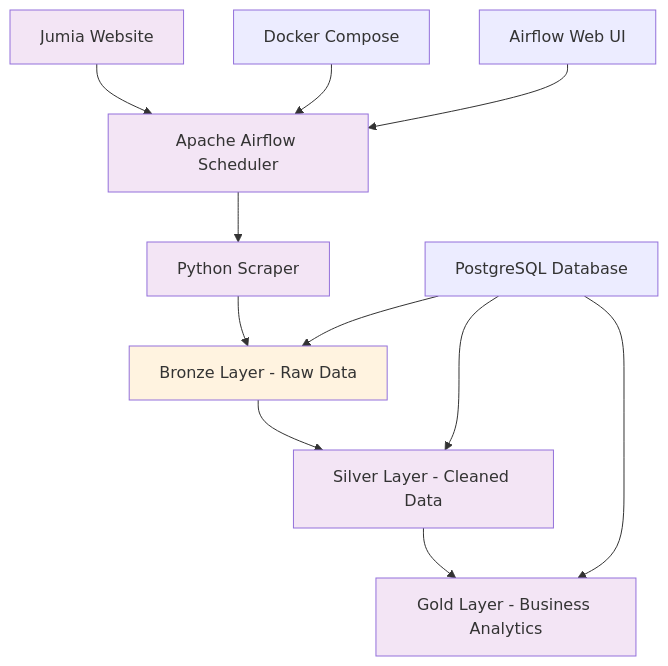
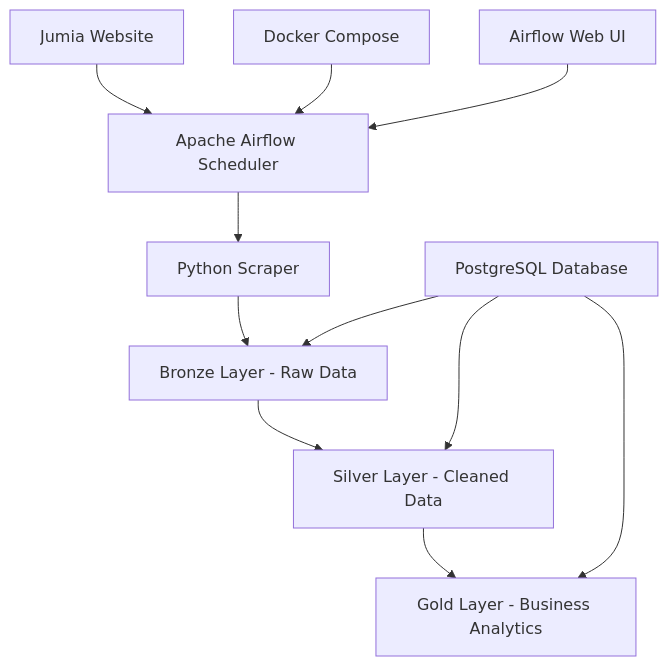
Before and after one commit to Peter-Opapa/jumia-elt-airflow-docker: the first of 2 diagrams in README.md, drawn with Mermaid. The commit also changed other lines of this file, not shown here.

````diff
--- a/README.md
+++ b/README.md
@@ -36,21 +36,15 @@
 ```mermaid
 graph TD
     A[Jumia Website] --> B[Apache Airflow Scheduler]
     B --> C[Python Scraper]
     C --> D[Bronze Layer - Raw Data]
     D --> E[Silver Layer - Cleaned Data]
     E --> F[Gold Layer - Business Analytics]
     
     G[Docker Compose] --> B
     H[PostgreSQL Database] --> D
     H --> E
     H --> F
     I[Airflow Web UI] --> B
     
-    style A fill:#f3e5f5
-    style B fill:#f3e5f5
-    style C fill:#f3e5f5
-    style D fill:#fff3e0
-    style E fill:#f3e5f5
-    style F fill:#f3e5f5
 ```
````
